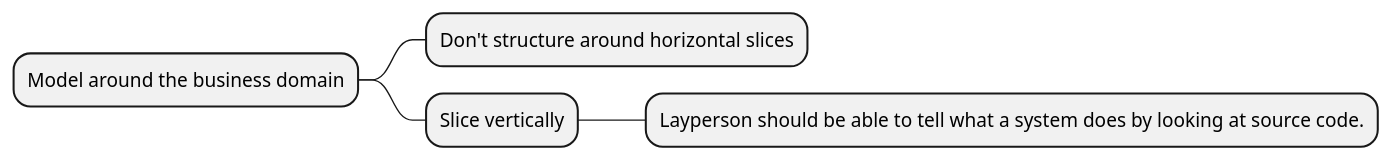
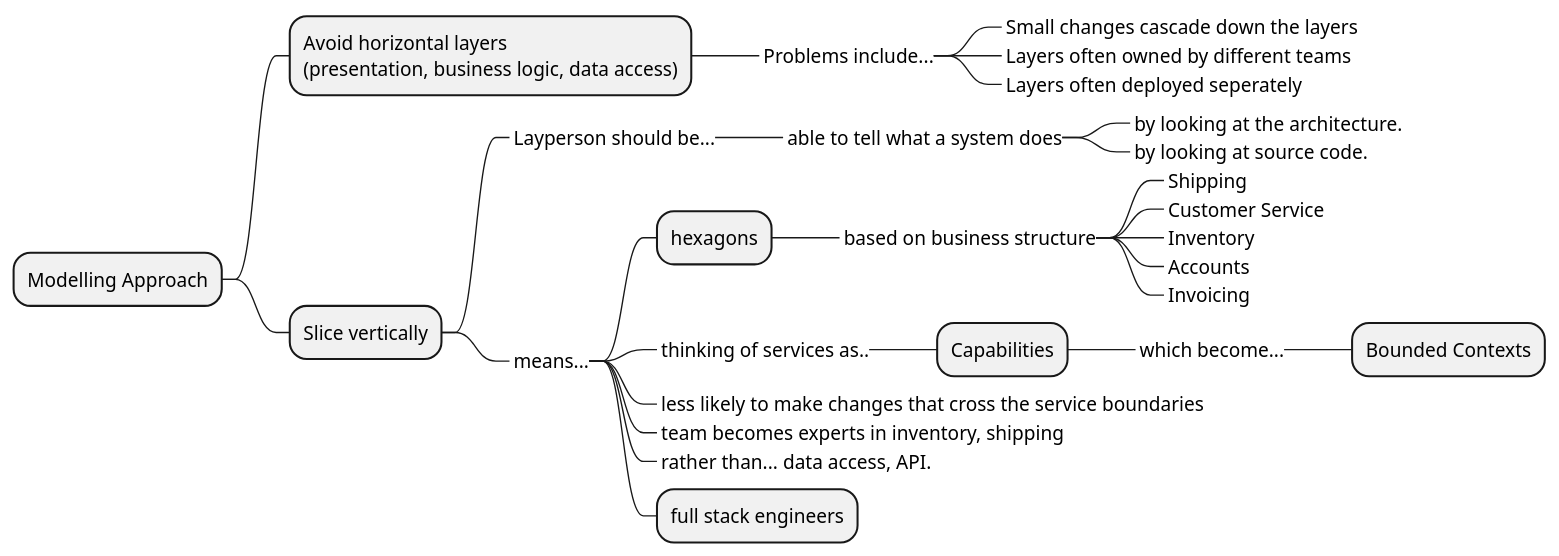
One commit to bobbyache/study-diagrams changed the diagram in microservices/model-around-business-domain.plantuml. Above: the diagram before and after it, drawn with PlantUML. The commit also changed 6 other files, not shown here.

Commit message:
Updates to microservice mind maps

```diff
--- a/microservices/model-around-business-domain.plantuml
+++ b/microservices/model-around-business-domain.plantuml
@@ -2,9 +2,32 @@
-@startmindmap
+@startmindmap "Model around the business domain"
 
-+ Model around the business domain
-++ Don't structure around horizontal slices
++ Modelling Approach
+++ Avoid horizontal layers\n(presentation, business logic, data access)
++++_ Problems include...
+++++_ Small changes cascade down the layers
+++++_ Layers often owned by different teams
+++++_ Layers often deployed seperately
+
 ++ Slice vertically
-+++ Layperson should be able to tell what a system does by looking at source code.
-
++++_ Layperson should be...
+++++_ able to tell what a system does
++++++_ by looking at the architecture.
++++++_ by looking at source code.
++++_ means...
+++++ hexagons
++++++_ based on business structure
+++++++_ Shipping
+++++++_ Customer Service
+++++++_ Inventory
+++++++_ Accounts
+++++++_ Invoicing
+++++_ thinking of services as..
++++++ Capabilities
+++++++_ which become...
++++++++ Bounded Contexts
+++++_ less likely to make changes that cross the service boundaries
+++++_ team becomes experts in inventory, shipping
+++++_ rather than... data access, API.
+++++ full stack engineers
 
 @endmindmap
```
